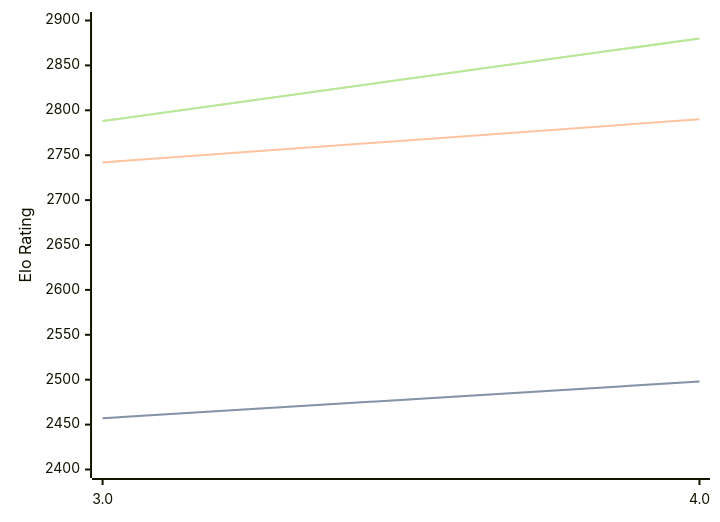
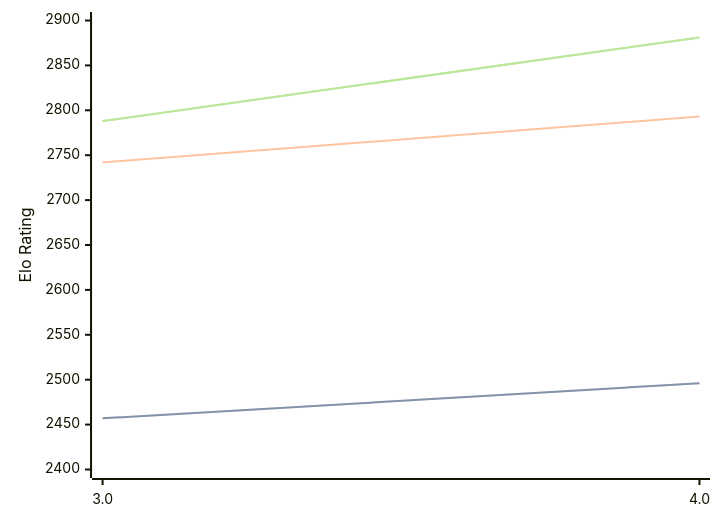
Before and after one commit to computer-chess-index/cci: the diagram in engines/Chess3.md, drawn with Mermaid. The commit also changed other lines of this file, not shown here.

Commit message:
Update CCI Ratings (ELO VLTC) - 2026-07-22

````diff
--- a/engines/Chess3.md
+++ b/engines/Chess3.md
@@ -34,11 +34,11 @@
 ```mermaid
 %%{init: {"theme":"base","themeVariables":{"seriesColors:['#a3a3a3','#222221','#faa371']}}}%%
 xychart-beta
   x-axis ["3.0", "4.0"]
   y-axis "Elo Rating" 2400 --> 2900
-  line "STC (8.0+0.08s)" [2457, 2498]
-  line "STC (8.0+0.08s)" [2457, 2498]
-  line "LTC (60.0+0.60s)" [2742, 2790]
-  line "VLTC (2m24s+1.12s)" [2788, 2880]
-  line "VLTC (2m24s+1.12s)" [2788, 2880]
+  line "STC (8.0+0.08s)" [2457, 2496]
+  line "STC (8.0+0.08s)" [2457, 2496]
+  line "LTC (60.0+0.60s)" [2742, 2793]
+  line "VLTC (2m24s+1.12s)" [2788, 2881]
+  line "VLTC (2m24s+1.12s)" [2788, 2881]
 ```
````
